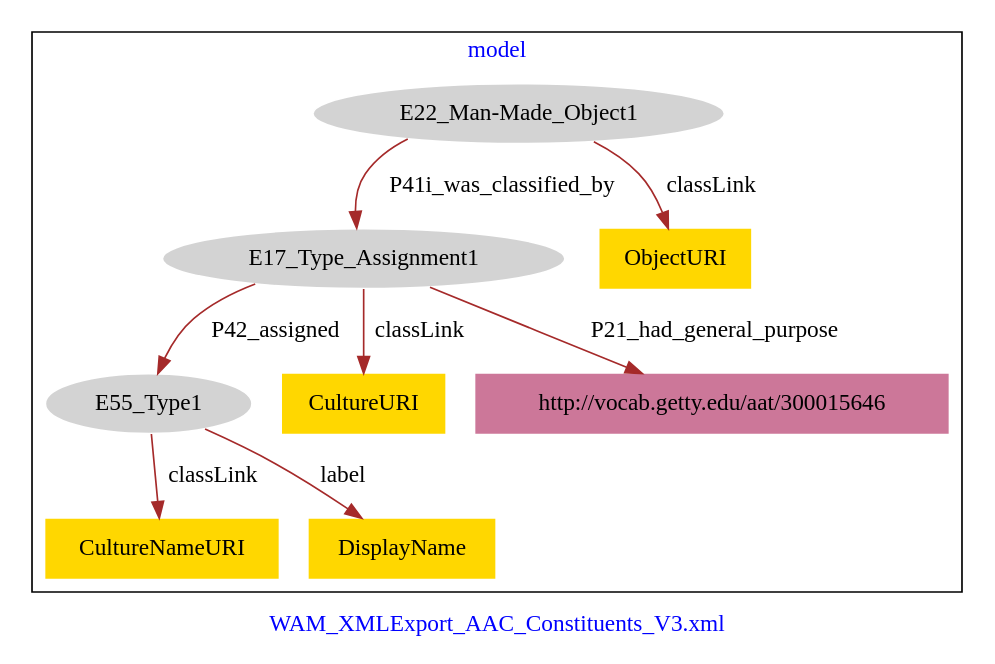
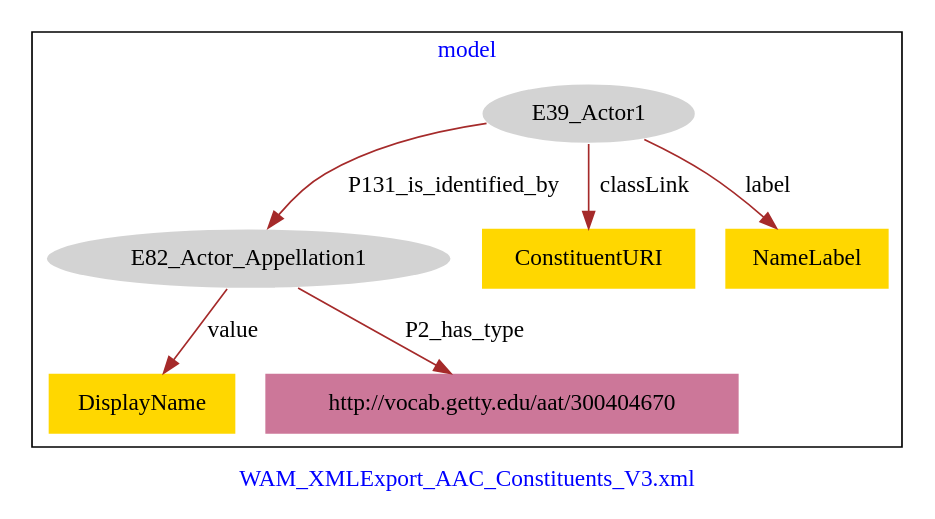
One commit to american-art/wam changed the diagram in WAM_AAC_Culture/WAM_AAC_Culture-model.dot. Above: the diagram before and after it, drawn with Graphviz.

Commit message:
Update file WAM_AAC_Culture-model.dot

```diff
--- a/WAM_AAC_Culture/WAM_AAC_Culture-model.dot
+++ b/WAM_AAC_Culture/WAM_AAC_Culture-model.dot
@@ -1,23 +1,19 @@
 digraph n0 {
 fontcolor="blue"
 remincross="true"
 label="WAM_XMLExport_AAC_Constituents_V3.xml"
 subgraph cluster {
 label="model"
-n2[style="filled",color="white",fillcolor="lightgray",label="E17_Type_Assignment1"];
-n3[style="filled",color="white",fillcolor="lightgray",label="E55_Type1"];
-n4[style="filled",color="white",fillcolor="lightgray",label="E22_Man-Made_Object1"];
-n5[shape="plaintext",style="filled",fillcolor="gold",label="CultureNameURI"];
-n6[shape="plaintext",style="filled",fillcolor="gold",label="CultureURI"];
-n7[shape="plaintext",style="filled",fillcolor="gold",label="ObjectURI"];
-n8[shape="plaintext",style="filled",fillcolor="gold",label="DisplayName"];
-n9[shape="plaintext",style="filled",fillcolor="#CC7799",label="http://vocab.getty.edu/aat/300015646"];
+n2[style="filled",color="white",fillcolor="lightgray",label="E39_Actor1"];
+n3[style="filled",color="white",fillcolor="lightgray",label="E82_Actor_Appellation1"];
+n4[shape="plaintext",style="filled",fillcolor="gold",label="ConstituentURI"];
+n5[shape="plaintext",style="filled",fillcolor="gold",label="NameLabel"];
+n6[shape="plaintext",style="filled",fillcolor="gold",label="DisplayName"];
+n7[shape="plaintext",style="filled",fillcolor="#CC7799",label="http://vocab.getty.edu/aat/300404670"];
 }
-n2 -> n3[color="brown",fontcolor="black",label="P42_assigned"]
-n4 -> n2[color="brown",fontcolor="black",label="P41i_was_classified_by"]
-n3 -> n5[color="brown",fontcolor="black",label="classLink"]
-n2 -> n6[color="brown",fontcolor="black",label="classLink"]
-n4 -> n7[color="brown",fontcolor="black",label="classLink"]
-n3 -> n8[color="brown",fontcolor="black",label="label"]
-n2 -> n9[color="brown",fontcolor="black",label="P21_had_general_purpose"]
+n2 -> n3[color="brown",fontcolor="black",label="P131_is_identified_by"]
+n2 -> n4[color="brown",fontcolor="black",label="classLink"]
+n2 -> n5[color="brown",fontcolor="black",label="label"]
+n3 -> n6[color="brown",fontcolor="black",label="value"]
+n3 -> n7[color="brown",fontcolor="black",label="P2_has_type"]
 }
```
